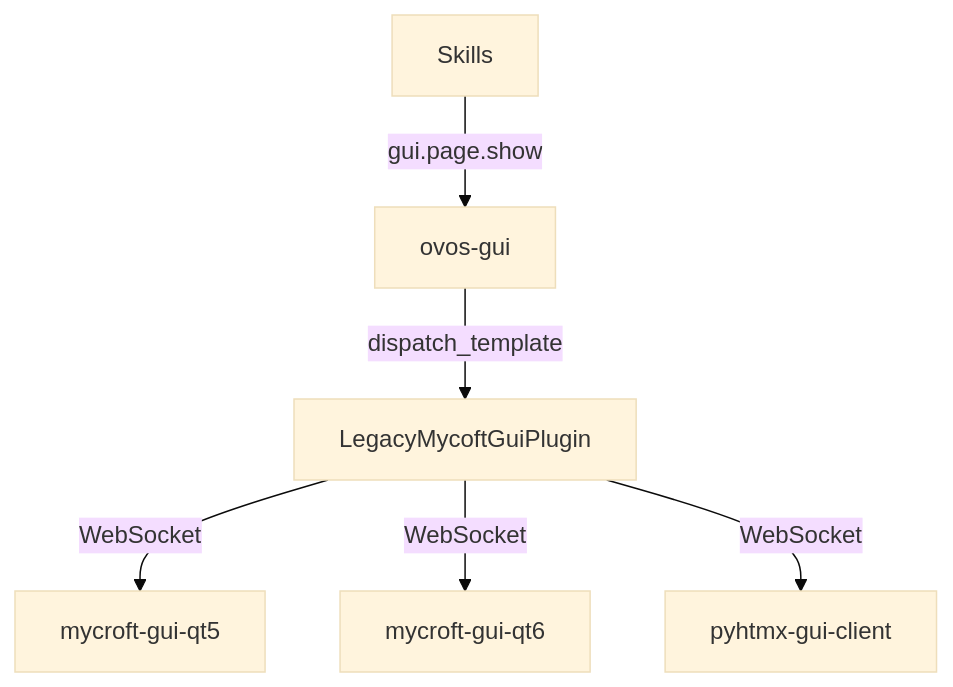
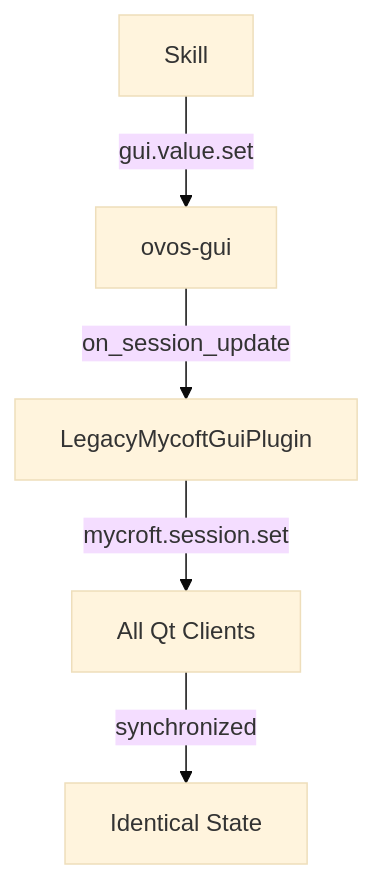
Before and after one commit to OpenVoiceOS/ovos-gui: the sixth of 8 diagrams in docs/DESIGN_PHILOSOPHY.md, drawn with Mermaid (base theme). The commit also changed other lines of this file and 3 other files, not shown here.

````diff
--- a/docs/DESIGN_PHILOSOPHY.md
+++ b/docs/DESIGN_PHILOSOPHY.md
@@ -392,8 +442,7 @@
 ```mermaid
 graph TD
-    A[Skills] -- gui.page.show --> B[ovos-gui]
-    B -- dispatch_template --> C[LegacyMycoftGuiPlugin]
-    C -- WebSocket --> D[mycroft-gui-qt5]
-    C -- WebSocket --> E[mycroft-gui-qt6]
-    C -- WebSocket --> F[pyhtmx-gui-client]
+    A[Skill] -- gui.value.set --> B[ovos-gui]
+    B -- on_session_update --> C[LegacyMycoftGuiPlugin]
+    C -- mycroft.session.set --> D[All Qt Clients]
+    D -- synchronized --> E[Identical State]
 ```
````
